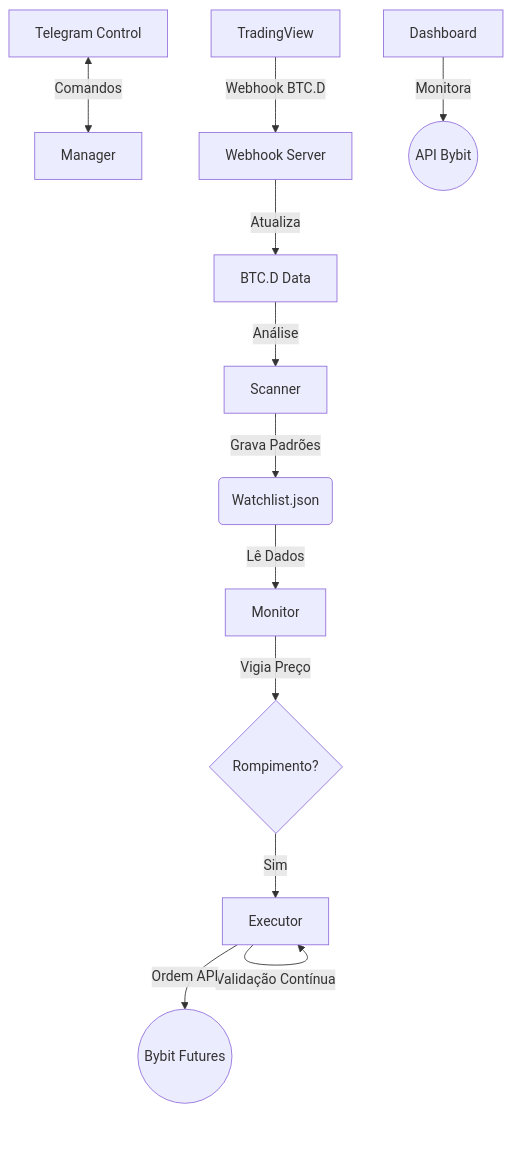
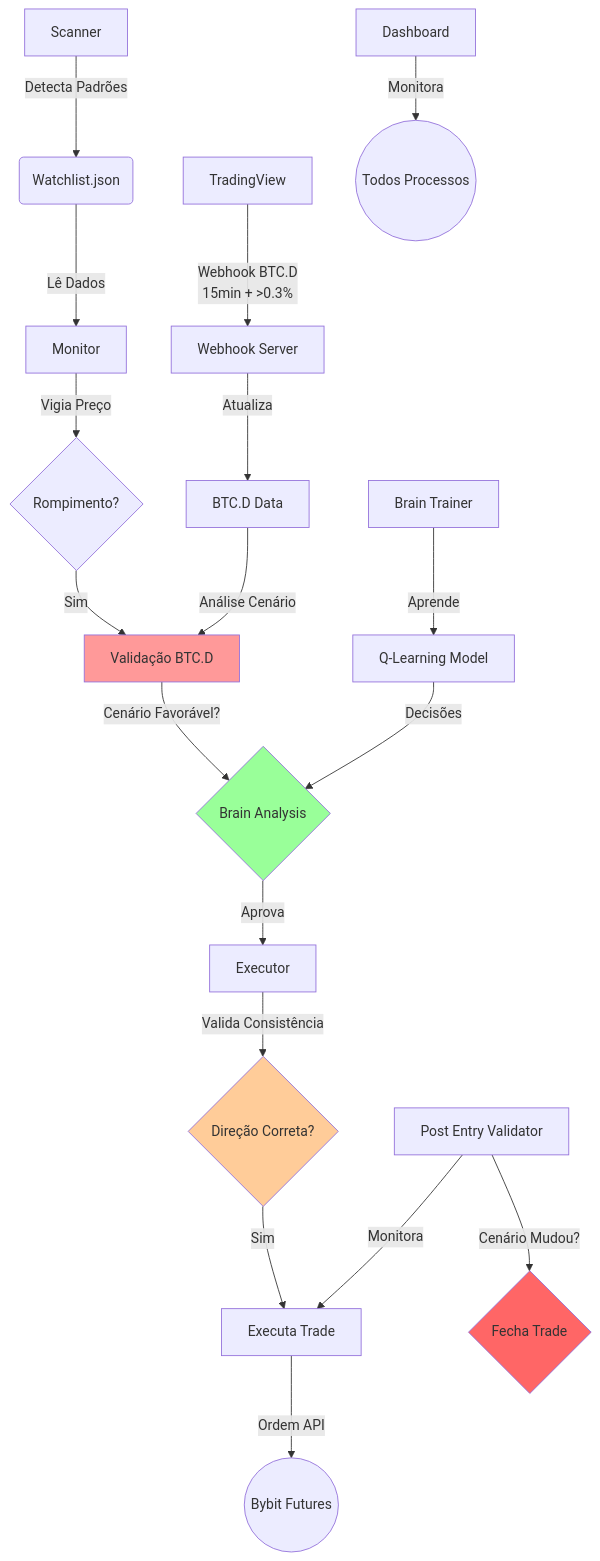
Before and after one commit to bernini10/bot_sniper_bybit: the diagram in README.md, drawn with Mermaid. The commit also changed other lines of this file, not shown here.

````diff
--- a/README.md
+++ b/README.md
@@ -76,14 +85,25 @@
 ```mermaid
 graph TD
-    A[Scanner] -->|Grava Padrões| B(Watchlist.json)
+    A[Scanner] -->|Detecta Padrões| B(Watchlist.json)
     B -->|Lê Dados| C[Monitor]
     C -->|Vigia Preço| D{Rompimento?}
-    D -- Sim --> E[Executor]
-    E -->|Validação Contínua| E
-    E -->|Ordem API| F((Bybit Futures))
-    G[Telegram Control] <-->|Comandos| H[Manager]
-    I[TradingView] -->|Webhook BTC.D| J[Webhook Server]
-    J -->|Atualiza| K[BTC.D Data]
-    K -->|Análise| A
-    L[Dashboard] -->|Monitora| M((API Bybit))
+    D -- Sim --> E[Validação BTC.D]
+    E -->|Cenário Favorável?| F{Brain Analysis}
+    F -->|Aprova| G[Executor]
+    G -->|Valida Consistência| H{Direção Correta?}
+    H -->|Sim| I[Executa Trade]
+    I -->|Ordem API| J((Bybit Futures))
+    K[TradingView] -->|Webhook BTC.D<br/>15min + >0.3%| L[Webhook Server]
+    L -->|Atualiza| M[BTC.D Data]
+    M -->|Análise Cenário| E
+    N[Brain Trainer] -->|Aprende| O[Q-Learning Model]
+    O -->|Decisões| F
+    P[Post Entry Validator] -->|Monitora| I
+    P -->|Cenário Mudou?| Q{Fecha Trade}
+    R[Dashboard] -->|Monitora| S((Todos Processos))
+    
+    style E fill:#ff9999
+    style F fill:#99ff99
+    style H fill:#ffcc99
+    style Q fill:#ff6666
 ```
````
